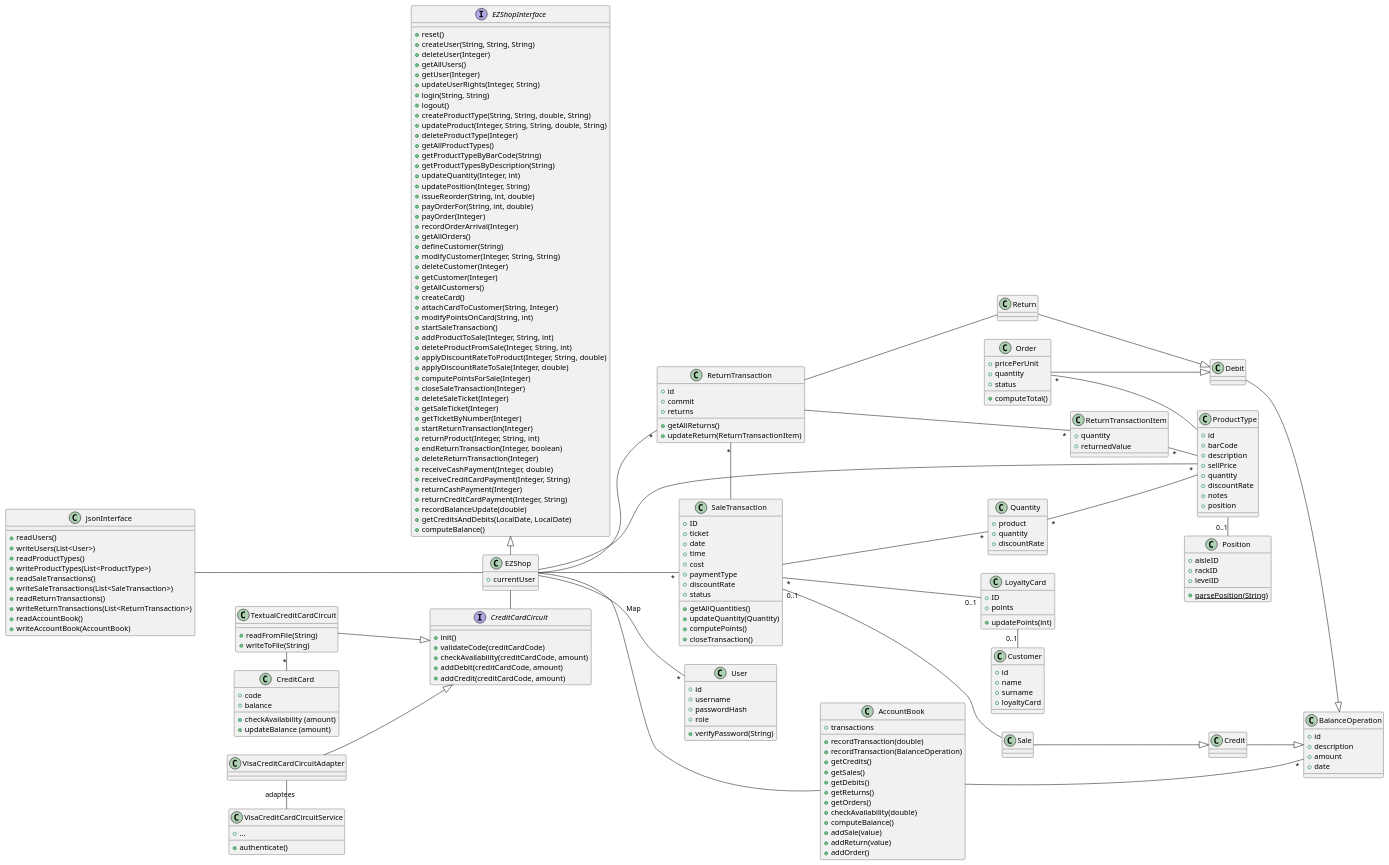
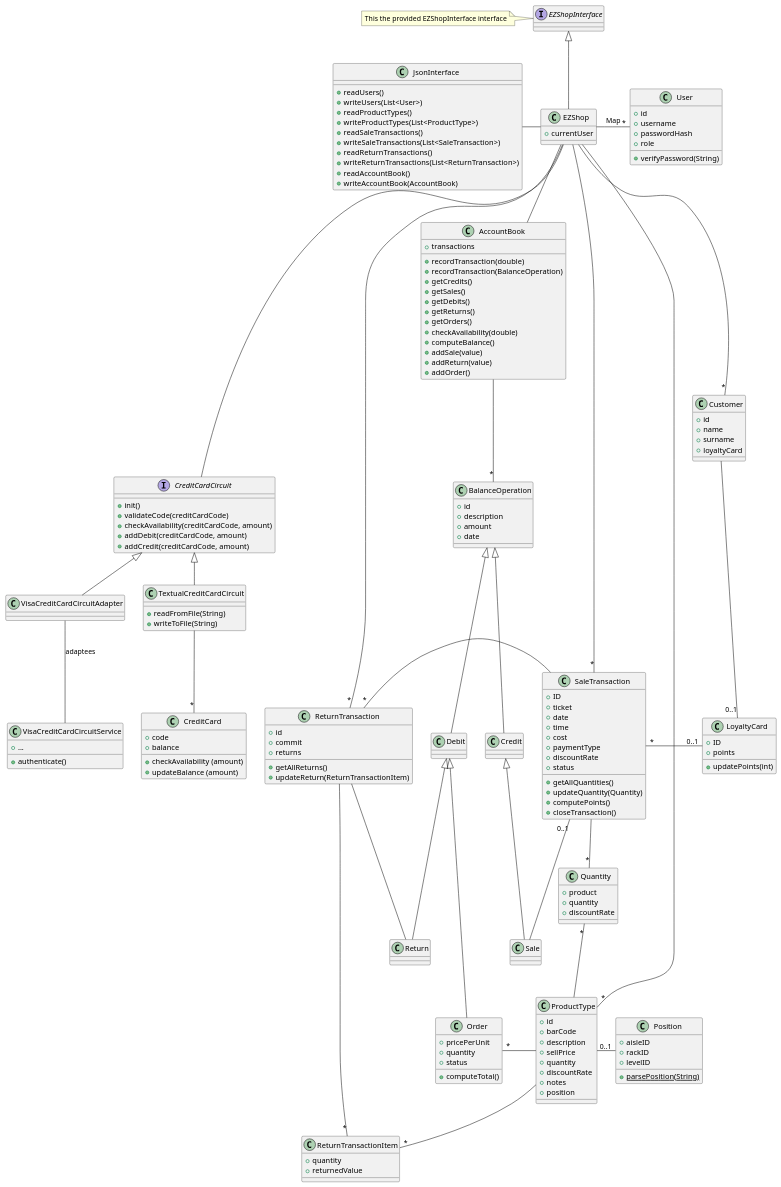
Before and after one commit to polito-se2-21-r03/se1-ezshop: the second of 8 diagrams in Deliverables/DesignDocument.md, drawn with PlantUML.

Commit message:
Updated the low level design layout

````diff
--- a/Deliverables/DesignDocument.md
+++ b/Deliverables/DesignDocument.md
@@ -47,64 +47,17 @@
 ```plantuml
-left to right direction
 
-interface "EZShopInterface" {
-    + reset()
-    + createUser(String, String, String)
-    + deleteUser(Integer)
-    + getAllUsers()
-    + getUser(Integer)
-    + updateUserRights(Integer, String)
-    + login(String, String)
-    + logout()
-    + createProductType(String, String, double, String)
-    + updateProduct(Integer, String, String, double, String)
-    + deleteProductType(Integer)
-    + getAllProductTypes()
-    + getProductTypeByBarCode(String)
-    + getProductTypesByDescription(String)
-    + updateQuantity(Integer, int)
-    + updatePosition(Integer, String)
-    + issueReorder(String, int, double)
-    + payOrderFor(String, int, double)
-    + payOrder(Integer)
-    + recordOrderArrival(Integer)
-    + getAllOrders()
-    + defineCustomer(String)
-    + modifyCustomer(Integer, String, String)
-    + deleteCustomer(Integer)
-    + getCustomer(Integer)
-    + getAllCustomers()
-    + createCard()
-    + attachCardToCustomer(String, Integer)
-    + modifyPointsOnCard(String, int)
-    + startSaleTransaction()
-    + addProductToSale(Integer, String, int)
-    + deleteProductFromSale(Integer, String, int)
-    + applyDiscountRateToProduct(Integer, String, double)
-    + applyDiscountRateToSale(Integer, double)
-    + computePointsForSale(Integer)
-    + closeSaleTransaction(Integer)
-    + deleteSaleTicket(Integer)
-    + getSaleTicket(Integer)
-    + getTicketByNumber(Integer)
-    + startReturnTransaction(Integer)
-    + returnProduct(Integer, String, int)
-    + endReturnTransaction(Integer, boolean)
-    + deleteReturnTransaction(Integer)
-    + receiveCashPayment(Integer, double)
-    + receiveCreditCardPayment(Integer, String)
-    + returnCashPayment(Integer)
-    + returnCreditCardPayment(Integer, String)
-    + recordBalanceUpdate(double)
-    + getCreditsAndDebits(LocalDate, LocalDate)
-    + computeBalance()
+interface EZShopInterface {
 }
+
+note "This the provided EZShopInterface interface" as n
+
+n - EZShopInterface
 
 class EZShop {
     + currentUser
 }
 
-EZShopInterface <|- EZShop
+EZShopInterface <|-- EZShop
 
 class JsonInterface {
     + readUsers()
@@ -119,13 +72,13 @@
     + writeAccountBook(AccountBook)
 }
 
-JsonInterface ---down- EZShop
+JsonInterface ---right- EZShop
 
-EZShop -- "*" User : "Map"
+EZShop -right- "*" User : "Map"
 EZShop -- AccountBook
 EZShop -- "*" SaleTransaction
 EZShop -- "*" ReturnTransaction
-EZShop -- "*" ProductType
+EZShop -down--- "*" ProductType
 
 class User {
     + id
@@ -178,7 +131,9 @@
     + loyaltyCard
 }
 
-LoyaltyCard "0..1" - Customer
+EZShop -down- "*" Customer
+
+LoyaltyCard "0..1" -up- Customer
 
 
 class SaleTransaction {
@@ -203,11 +158,12 @@
 }
 
 SaleTransaction -- "*" Quantity
-Quantity "*" -- ProductType
 
 /' (SaleTransaction, ProductType)  .. Quantity '/
 
-SaleTransaction "*" -- "0..1" LoyaltyCard
+SaleTransaction "*" -right- "0..1" LoyaltyCard
+
+Quantity "*" -- ProductType
 
 class ReturnTransaction {
     + id
@@ -222,10 +178,10 @@
     + returnedValue
 }
 
-ReturnTransaction -- "*" ReturnTransactionItem
+ReturnTransaction -down- "*" ReturnTransactionItem
 
 ReturnTransaction "*" - SaleTransaction
-ReturnTransactionItem "*" - ProductType
+ReturnTransactionItem "*" -up- ProductType
 
 /'
 CreditCard cc = CreditCard.fromCode("xxx");
@@ -259,24 +215,24 @@
     + date
 
 }
-AccountBook -- "*" BalanceOperation
+AccountBook -down- "*" BalanceOperation
 
+class Debit
 class Credit
-class Debit
 
-Credit --|> BalanceOperation
-Debit --|> BalanceOperation
+Debit --up-|> BalanceOperation
+Credit --up-|> BalanceOperation
 
 class Order
 class Sale
 class Return
 
-Order --|> Debit
-Sale --|> Credit
-Return --|> Debit
+SaleTransaction "0..1" ---  Sale
+ReturnTransaction --- Return
 
-SaleTransaction "0..1" --  Sale
-ReturnTransaction -- Return
+Order ---up-|> Debit
+Sale --up-|> Credit
+Return --up-|> Debit
 
 interface CreditCardCircuit {
     + init()
@@ -286,7 +242,7 @@
     + addCredit(creditCardCode, amount)
 }
 
-EZShop - CreditCardCircuit
+CreditCardCircuit -up-- EZShop
 
 class TextualCreditCardCircuit {
     + readFromFile(String)
@@ -300,19 +256,18 @@
     + updateBalance (amount)
 }
 
-CreditCard "*" --left- TextualCreditCardCircuit
+CreditCard "*" -up- TextualCreditCardCircuit
 
 class VisaCreditCardCircuitAdapter {}
 
-TextualCreditCardCircuit --down-|> CreditCardCircuit
-VisaCreditCardCircuitAdapter --down-|> CreditCardCircuit
+TextualCreditCardCircuit -up-|> CreditCardCircuit
+VisaCreditCardCircuitAdapter -up-|> CreditCardCircuit
 
 class VisaCreditCardCircuitService {
     + authenticate()
     + ...
 }
 
-VisaCreditCardCircuitAdapter - VisaCreditCardCircuitService : "adaptees"
-
+VisaCreditCardCircuitService -up- VisaCreditCardCircuitAdapter : "adaptees"
 
 ```
````
